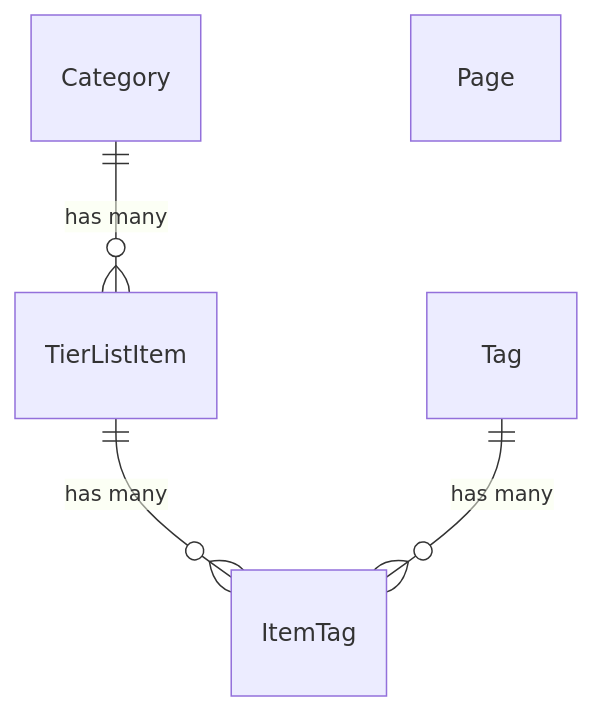
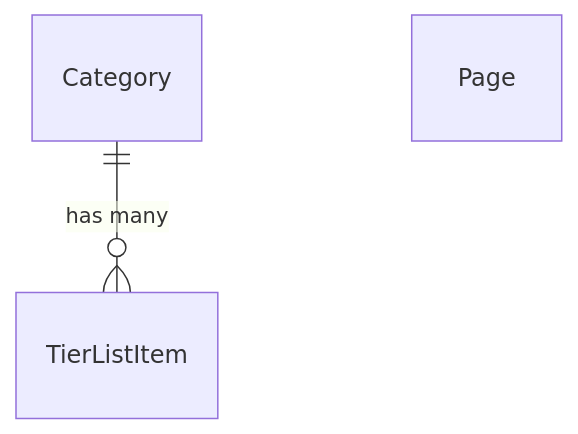
Before and after one commit to tierdom/tierdom-app: the diagram in DOMAIN.md, drawn with Mermaid. The commit also changed other lines of this file and 3 other files, not shown here.

````diff
--- a/DOMAIN.md
+++ b/DOMAIN.md
@@ -32,7 +33,5 @@
 ```mermaid
 erDiagram
     Category ||--o{ TierListItem : "has many"
-    TierListItem ||--o{ ItemTag : "has many"
-    Tag ||--o{ ItemTag : "has many"
     Page
 ```
````
